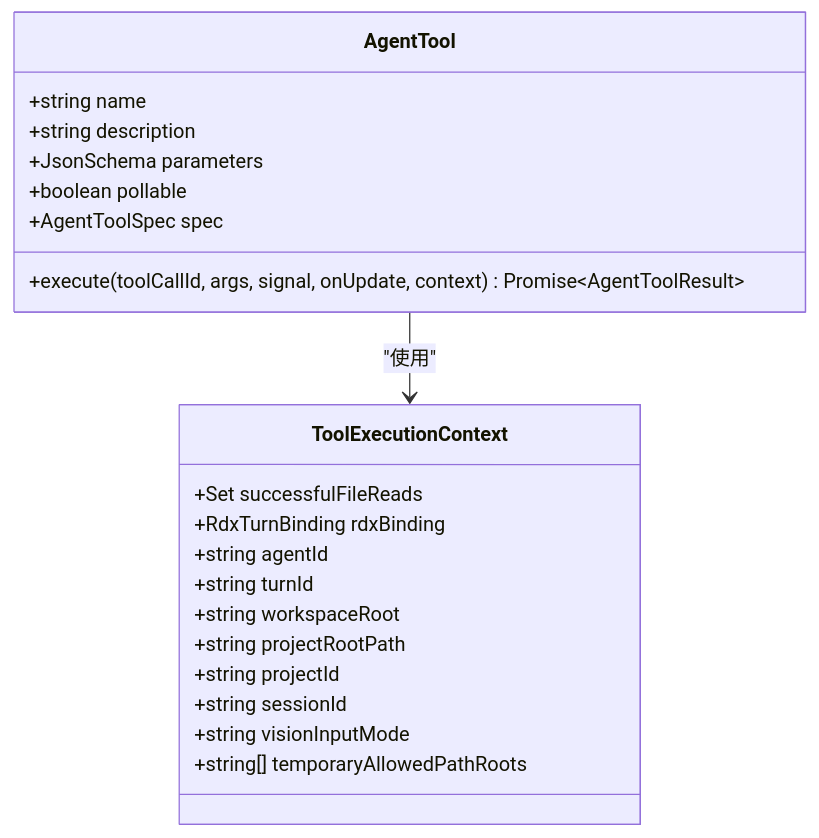
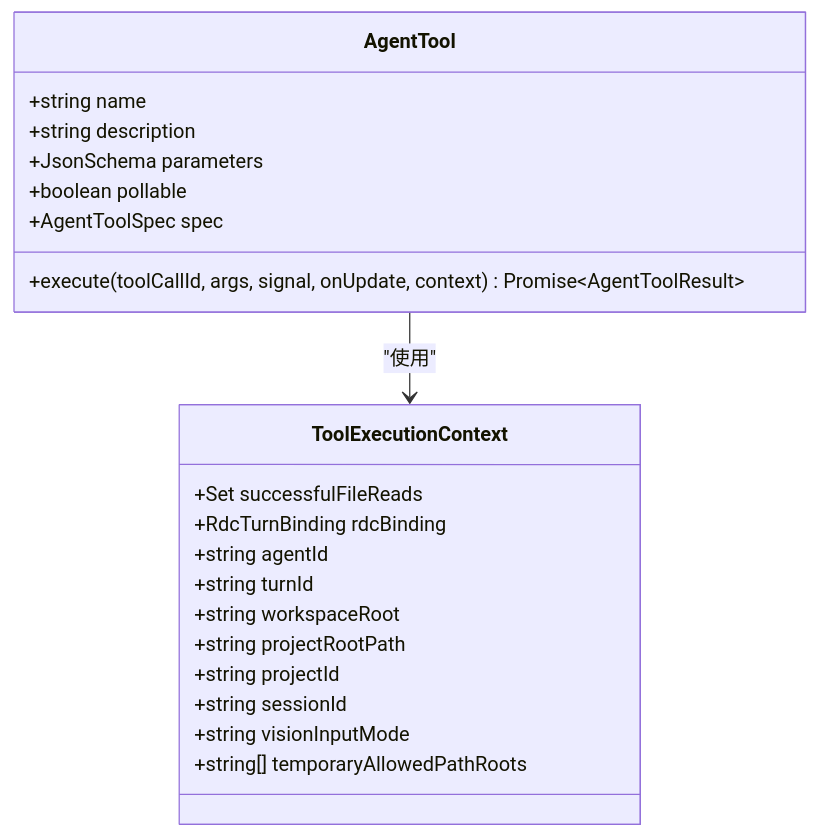
Diagram 13 of 17 in .qoder/repowiki/zh/content/核心模块/工具系统/工具系统.md (haolange/RDC-Agent), drawn with Mermaid before and after one commit. The commit also changed other lines of this file and 557 other files, not shown here.

````diff
--- a/.qoder/repowiki/zh/content/核心模块/工具系统/工具系统.md
+++ b/.qoder/repowiki/zh/content/核心模块/工具系统/工具系统.md
@@ -586,24 +586,24 @@
 ```mermaid
 classDiagram
 class AgentTool {
 +string name
 +string description
 +JsonSchema parameters
 +boolean pollable
 +AgentToolSpec spec
 +execute(toolCallId, args, signal, onUpdate, context) Promise~AgentToolResult~
 }
 class ToolExecutionContext {
 +Set successfulFileReads
-+RdxTurnBinding rdxBinding
++RdcTurnBinding rdcBinding
 +string agentId
 +string turnId
 +string workspaceRoot
 +string projectRootPath
 +string projectId
 +string sessionId
 +string visionInputMode
 +string[] temporaryAllowedPathRoots
 }
 AgentTool --> ToolExecutionContext : "使用"
 ```
````
